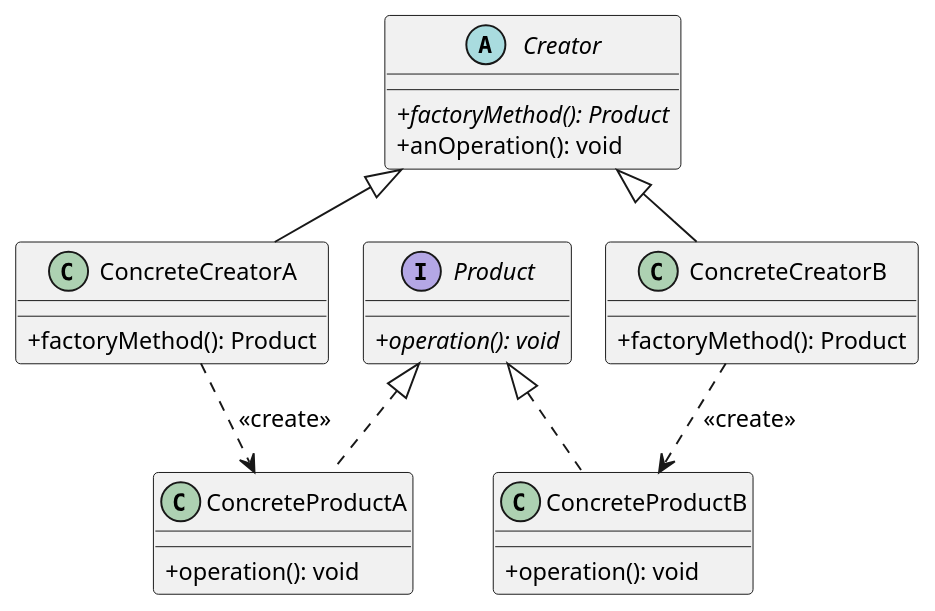
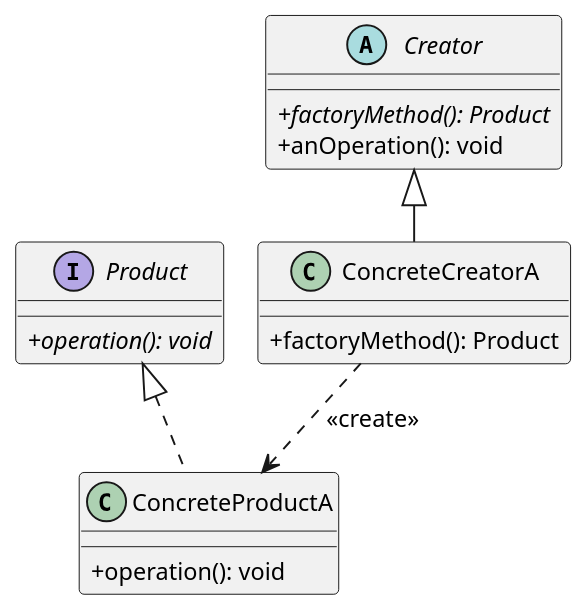
One commit to cpsa3/software-designer-fast-pass changed the second of 20 diagrams in 02-visual-diagrams/03-设计模式核心图谱与真题命题密码.md. Above: the diagram before and after it, drawn with PlantUML. The commit also changed other lines of this file, not shown here.

````diff
--- a/02-visual-diagrams/03-设计模式核心图谱与真题命题密码.md
+++ b/02-visual-diagrams/03-设计模式核心图谱与真题命题密码.md
@@ -136,36 +116,27 @@
 ```plantuml
 @startuml
 !pragma layout smetana
 skinparam dpi 125
 skinparam defaultFontSize 12
 skinparam classAttributeIconSize 0
 
 interface Product {
     + {abstract} operation(): void
 }
 
 class ConcreteProductA implements Product {
     + operation(): void
 }
 
-class ConcreteProductB implements Product {
-    + operation(): void
-}
-
 abstract class Creator {
     + {abstract} factoryMethod(): Product
     + anOperation(): void
 }
 
 class ConcreteCreatorA extends Creator {
     + factoryMethod(): Product
 }
 
-class ConcreteCreatorB extends Creator {
-    + factoryMethod(): Product
-}
-
 ConcreteCreatorA ..> ConcreteProductA : <<create>>
-ConcreteCreatorB ..> ConcreteProductB : <<create>>
 @enduml
 ```
````
